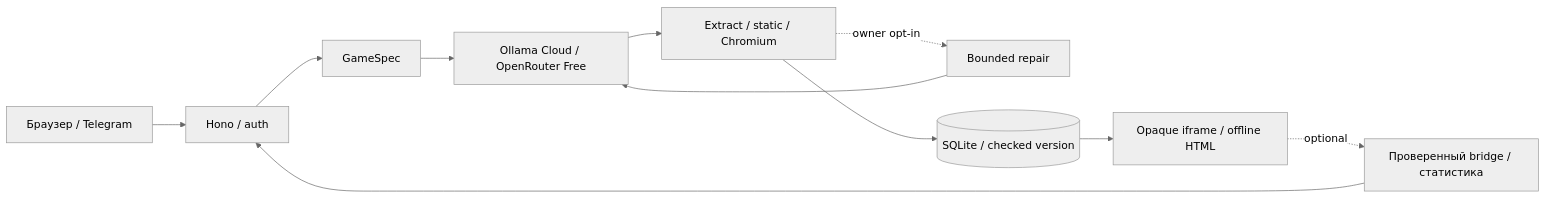
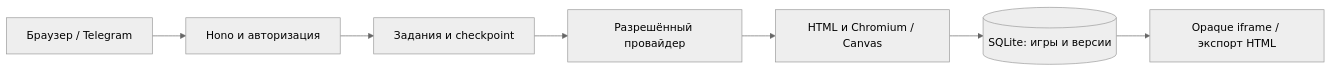
The diagram in docs/architecture.md (Sashido01/YAPLIX), drawn with Mermaid (neutral theme) before and after one commit. The commit also changed other lines of this file and 51 other files, not shown here.

````diff
--- a/docs/architecture.md
+++ b/docs/architecture.md
@@ -12,13 +5,9 @@
 ```mermaid
 flowchart LR
-  UI[Браузер / Telegram] --> API[Hono / auth]
-  API --> Spec[GameSpec]
-  Spec --> LLM[Ollama Cloud / OpenRouter Free]
-  LLM --> Check[Extract / static / Chromium]
-  Check -. owner opt-in .-> Repair[Bounded repair]
-  Repair --> LLM
-  Check --> DB[(SQLite / checked version)]
-  DB --> Game[Opaque iframe / offline HTML]
-  Game -. optional .-> Events[Проверенный bridge / статистика]
-  Events --> API
+  UI[Браузер / Telegram] --> API[Hono и авторизация]
+  API --> Jobs[Задания и checkpoint]
+  Jobs --> LLM[Разрешённый провайдер]
+  LLM --> Check[HTML и Chromium / Canvas]
+  Check --> DB[(SQLite: игры и версии)]
+  DB --> Player[Opaque iframe / экспорт HTML]
 ```
````
